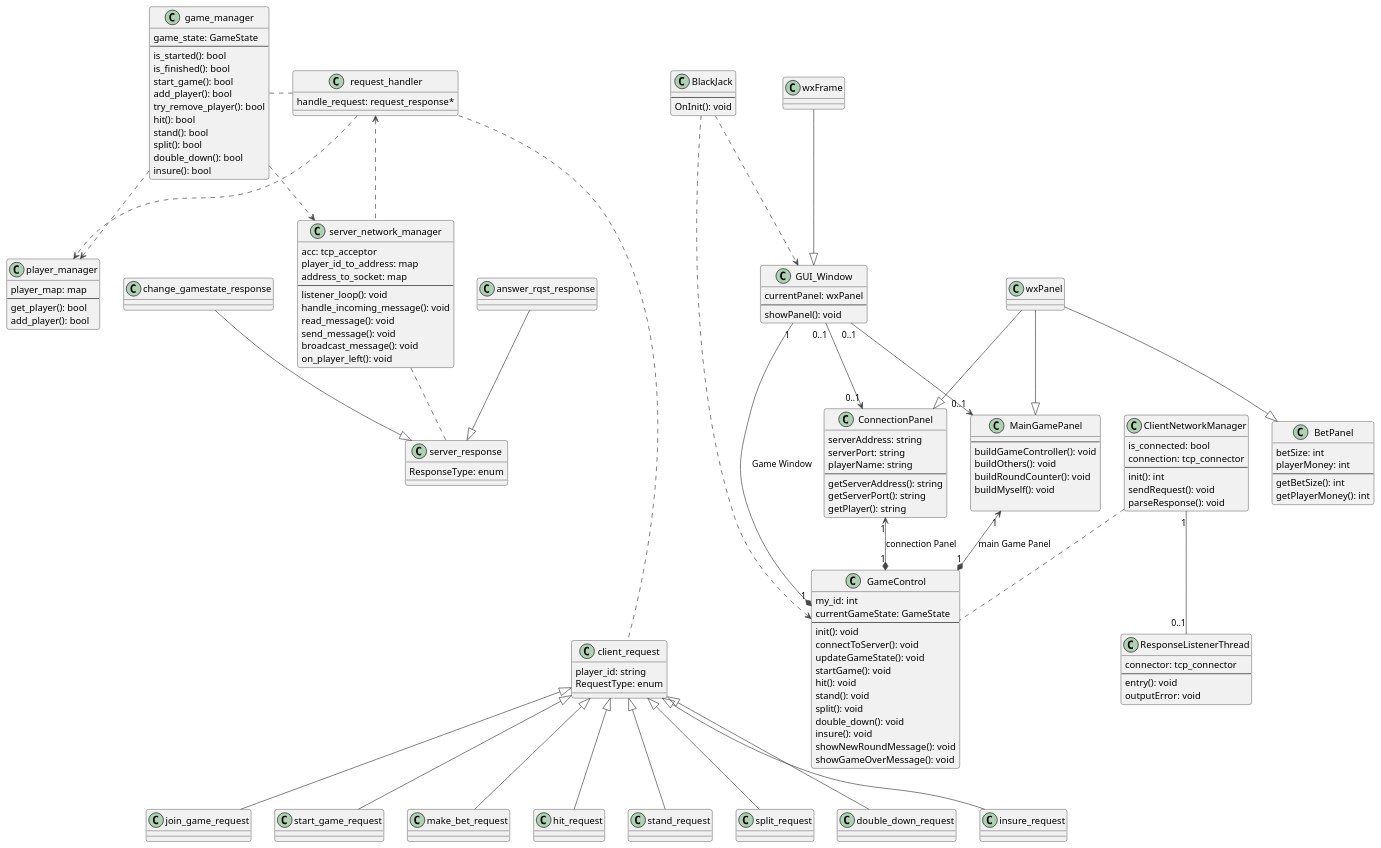
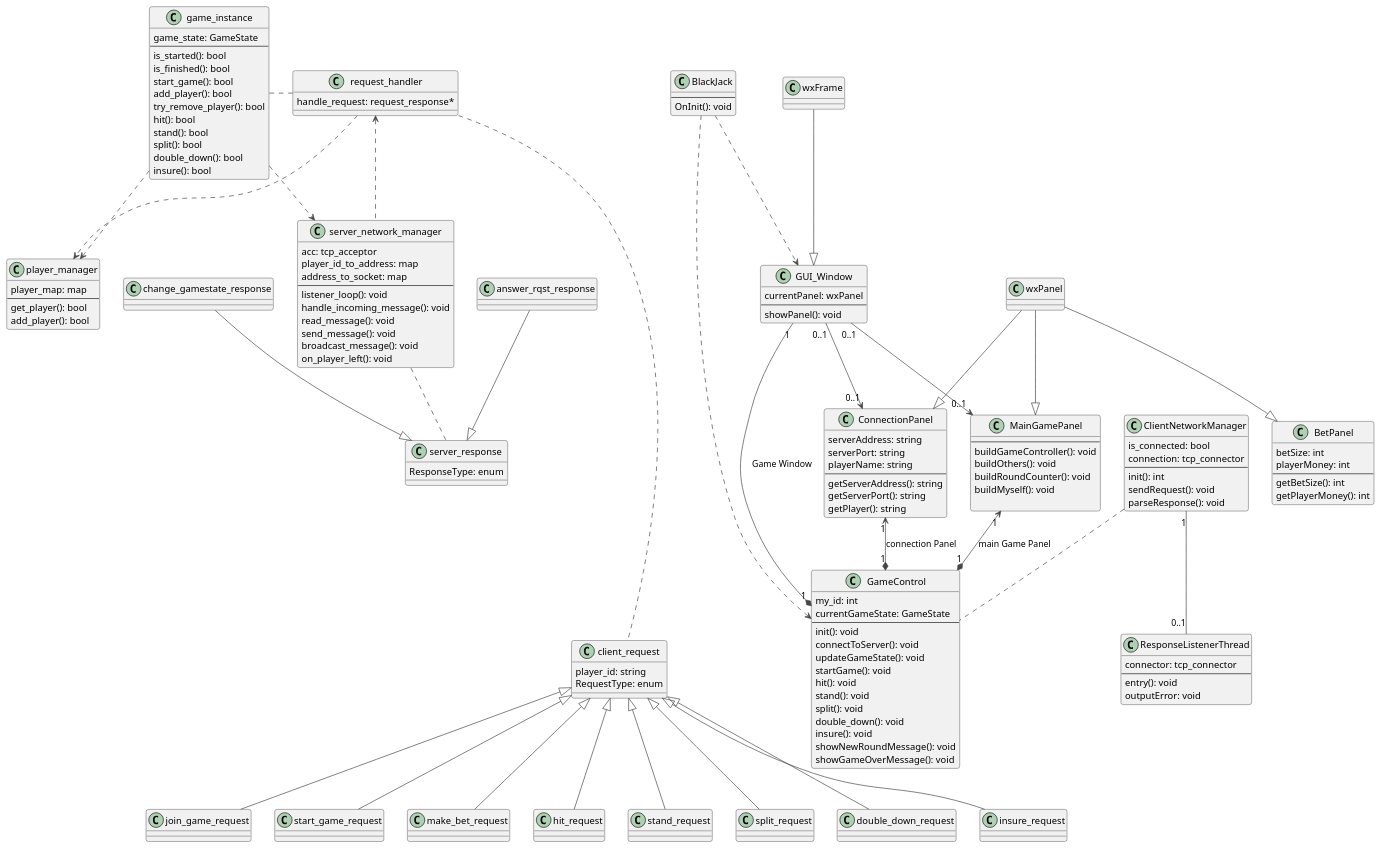
Before and after one commit to luca-commits/blackjack: the diagram in sds/plant_codes/client_server_classdiag.puml, drawn with PlantUML. The commit also changed 7 other files, not shown here.

```diff
--- a/sds/plant_codes/client_server_classdiag.puml
+++ b/sds/plant_codes/client_server_classdiag.puml
@@ -1,195 +1,195 @@
 @startuml "Client&Server_communication"
 !theme vibrant
 ' !theme plain
 
 page 2x1
 
 class BlackJack{
     --
     OnInit(): void
 }
 
 class GameControl{
     my_id: int
     currentGameState: GameState
     --
     init(): void
     connectToServer(): void
     updateGameState(): void
     startGame(): void
     hit(): void
     stand(): void
     split(): void
     double_down(): void
     insure(): void
     showNewRoundMessage(): void
     showGameOverMessage(): void
 }
 class GUI_Window{
     currentPanel: wxPanel
     --
     showPanel(): void
 }
 
 
 
 class ConnectionPanel{
     serverAddress: string
     serverPort: string
     playerName: string
     --
     getServerAddress(): string
     getServerPort(): string
     getPlayer(): string
 }
 
 class BetPanel{
     betSize: int
     playerMoney: int
     --
     getBetSize(): int
     getPlayerMoney(): int
 }
 
 Class MainGamePanel{
     --
     buildGameController(): void
     buildOthers(): void
     buildRoundCounter(): void
     buildMyself(): void
 
 }
 
 
 
 Class ClientNetworkManager{
     is_connected: bool
     connection: tcp_connector
     --
     init(): int
     sendRequest(): void
     parseResponse(): void
 }
 
 Class ResponseListenerThread{
     connector: tcp_connector
     --
     entry(): void
     outputError: void
 }
 
 ' =======================================
 Class server_network_manager{
     acc: tcp_acceptor
     player_id_to_address: map
     address_to_socket: map
     --
     listener_loop(): void
     handle_incoming_message(): void
     read_message(): void
     send_message(): void
     broadcast_message(): void
     on_player_left(): void
 }
 
 Class player_manager{
     player_map: map
     --
     get_player(): bool
     add_player(): bool
 }
 
-Class game_manager{
+Class game_instance{
     game_state: GameState
     --
     is_started(): bool
     is_finished(): bool
     start_game(): bool
     add_player(): bool
     try_remove_player(): bool
     hit(): bool
     stand(): bool
     split(): bool
     double_down(): bool
     insure(): bool
 }
 
 Class request_handler{
     handle_request: request_response*
 
 }
 
 
 ' ===============================
 
 ' the following is exactly the same as in
 ' the example client package
 
 BlackJack ..> GameControl
 BlackJack ..> GUI_Window
 
 GUI_Window "0..1" --> "0..1" ConnectionPanel
 GUI_Window "0..1" --> "0..1" MainGamePanel
 GUI_Window "1" --* "1" GameControl : "Game Window"
 
 ConnectionPanel "1" <--* "1" GameControl :  "connection Panel"
 MainGamePanel "1" <--* "1" GameControl : "main Game Panel"
 
 ClientNetworkManager .. GameControl
 ClientNetworkManager "1" -- "0..1" ResponseListenerThread
 
 ' ============================
 ' Additional
 wxPanel --|> MainGamePanel
 wxPanel --|> ConnectionPanel
 wxPanel --|> BetPanel
 wxFrame --|> GUI_Window
 
 
 ' ======
 ' this is the same as in example server package but we combined
-' game_instance and game_instance_manager to game_manager
-request_handler .left. game_manager
+' game_instance and game_instance_manager to game_instance
+request_handler .left. game_instance
 request_handler ..> player_manager
 request_handler <.. server_network_manager
-game_manager ..> server_network_manager
-game_manager ..> player_manager
+game_instance ..> server_network_manager
+game_instance ..> player_manager
 
 ' ===========
 
 
 
 request_handler .. client_request
 server_network_manager .. server_response
 
 ' ===========================
 
 ' package STUUFFFF <<Folder>> {
 together {
 
 class client_request{
 player_id: string
 RequestType: enum
 }
 client_request <|-- join_game_request
 client_request <|-- start_game_request
 client_request <|-- make_bet_request
 client_request <|-- hit_request
 client_request <|-- stand_request
 client_request <|-- split_request
 client_request <|-- double_down_request
 client_request <|-- insure_request
 
 
 class server_response{
 ResponseType: enum
 }
 server_response <|-up-  answer_rqst_response
 server_response <|-up-  change_gamestate_response
 
 }
 server_response .down[hidden]. client_request
 
 
 
 @enduml
```
